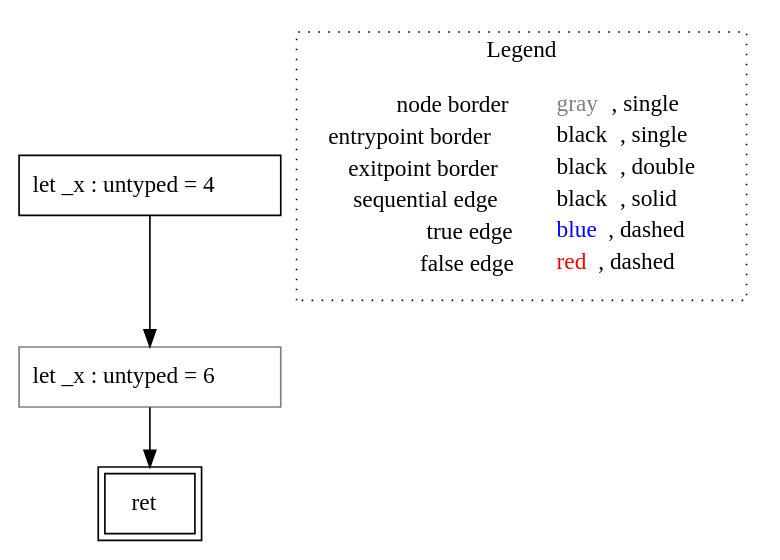
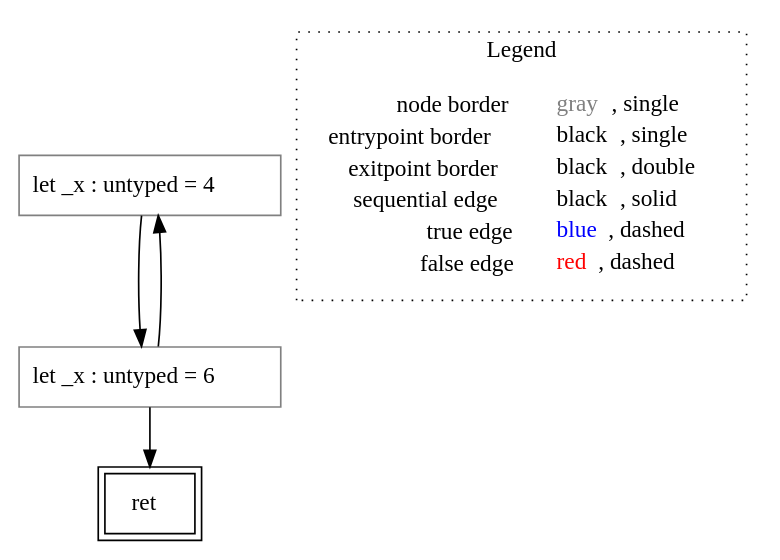
The diagram in rust-lisa/rust-testcases/cfg/return-void/()_rust-testcases_cfg_return-void_return-void.rs.func6().dot (VincenzoArceri/rust-lisa), drawn with Graphviz before and after one commit. The commit also changed 14 other files, not shown here.

```diff
--- a/rust-lisa/rust-testcases/cfg/return-void/()_rust-testcases_cfg_return-void_return-void.rs.func6().dot
+++ b/rust-lisa/rust-testcases/cfg/return-void/()_rust-testcases_cfg_return-void_return-void.rs.func6().dot
@@ -1,14 +1,15 @@
 digraph {
-	"node0" [shape="rect",color="black",label=<let _x : untyped = 4>];
+	"node0" [shape="rect",color="gray",label=<let _x : untyped = 4>];
 	"node1" [shape="rect",color="black",peripheries="2",label=<ret>];
 	"node2" [shape="rect",color="gray",label=<let _x : untyped = 6>];
 	"node0" -> "node2" [color="black"];
+	"node2" -> "node0" [color="black"];
 	"node2" -> "node1" [color="black"];
 subgraph cluster_legend {
 	label="Legend";
 	style=dotted;
 	node [shape=plaintext];
 	"legend" [label=<<table border="0" cellpadding="2" cellspacing="0" cellborder="0"><tr><td align="right">node border&nbsp;</td><td align="left"><font color="gray">gray</font>, single</td></tr><tr><td align="right">entrypoint border&nbsp;</td><td align="left"><font color="black">black</font>, single</td></tr><tr><td align="right">exitpoint border&nbsp;</td><td align="left"><font color="black">black</font>, double</td></tr><tr><td align="right">sequential edge&nbsp;</td><td align="left"><font color="black">black</font>, solid</td></tr><tr><td align="right">true edge&nbsp;</td><td align="left"><font color="blue">blue</font>, dashed</td></tr><tr><td align="right">false edge&nbsp;</td><td align="left"><font color="red">red</font>, dashed</td></tr></table>>];
 }
 
 }
```
